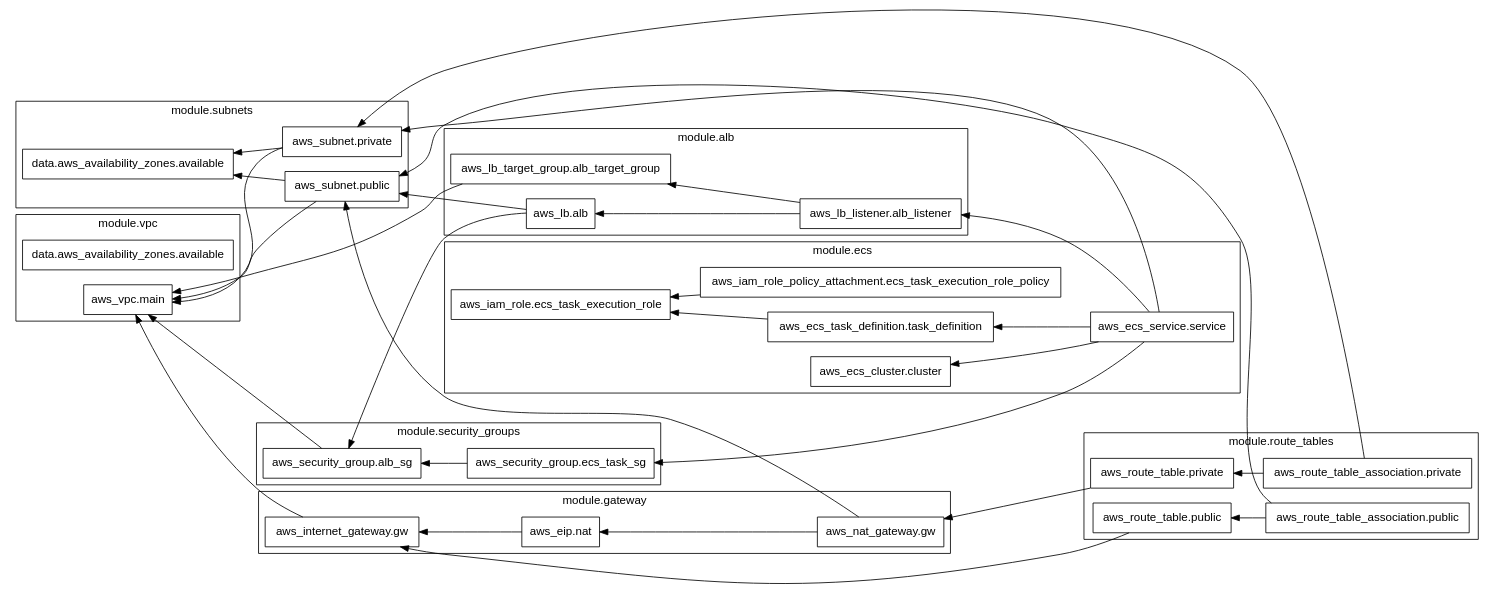
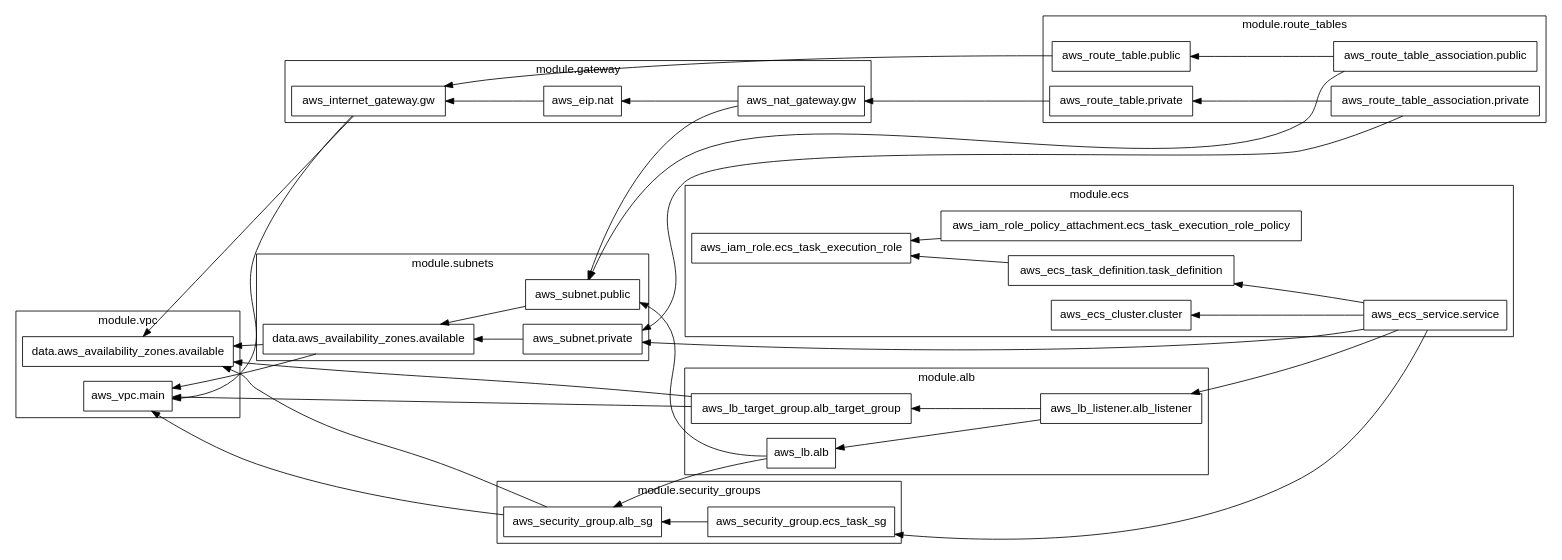
The diagram in modules/graph.dot (ym1085/terraform-aws-ecs), drawn with Graphviz before and after one commit. The commit also changed 20 other files, not shown here.

```diff
--- a/modules/graph.dot
+++ b/modules/graph.dot
@@ -1,82 +1,85 @@
 digraph G {
-    rankdir = "RL";
-    node [shape = rect; fontname = "sans-serif";];
-    subgraph "cluster_module.alb" {
-        label = "module.alb";
-        fontname = "sans-serif";
-        "module.alb.aws_lb.alb" [label = "aws_lb.alb";];
-        "module.alb.aws_lb_listener.alb_listener" [label = "aws_lb_listener.alb_listener";];
-        "module.alb.aws_lb_target_group.alb_target_group" [label = "aws_lb_target_group.alb_target_group";];
-    }
-    subgraph "cluster_module.ecs" {
-        label = "module.ecs";
-        fontname = "sans-serif";
-        "module.ecs.aws_ecs_cluster.cluster" [label = "aws_ecs_cluster.cluster";];
-        "module.ecs.aws_ecs_service.service" [label = "aws_ecs_service.service";];
-        "module.ecs.aws_ecs_task_definition.task_definition" [label = "aws_ecs_task_definition.task_definition";];
-        "module.ecs.aws_iam_role.ecs_task_execution_role" [label = "aws_iam_role.ecs_task_execution_role";];
-        "module.ecs.aws_iam_role_policy_attachment.ecs_task_execution_role_policy" [label = "aws_iam_role_policy_attachment.ecs_task_execution_role_policy";];
-    }
-    subgraph "cluster_module.gateway" {
-        label = "module.gateway";
-        fontname = "sans-serif";
-        "module.gateway.aws_eip.nat" [label = "aws_eip.nat";];
-        "module.gateway.aws_internet_gateway.gw" [label = "aws_internet_gateway.gw";];
-        "module.gateway.aws_nat_gateway.gw" [label = "aws_nat_gateway.gw";];
-    }
-    subgraph "cluster_module.route_tables" {
-        label = "module.route_tables";
-        fontname = "sans-serif";
-        "module.route_tables.aws_route_table.private" [label = "aws_route_table.private";];
-        "module.route_tables.aws_route_table.public" [label = "aws_route_table.public";];
-        "module.route_tables.aws_route_table_association.private" [label = "aws_route_table_association.private";];
-        "module.route_tables.aws_route_table_association.public" [label = "aws_route_table_association.public";];
-    }
-    subgraph "cluster_module.security_groups" {
-        label = "module.security_groups";
-        fontname = "sans-serif";
-        "module.security_groups.aws_security_group.alb_sg" [label = "aws_security_group.alb_sg";];
-        "module.security_groups.aws_security_group.ecs_task_sg" [label = "aws_security_group.ecs_task_sg";];
-    }
-    subgraph "cluster_module.subnets" {
-        label = "module.subnets";
-        fontname = "sans-serif";
-        "module.subnets.data.aws_availability_zones.available" [label = "data.aws_availability_zones.available";];
-        "module.subnets.aws_subnet.private" [label = "aws_subnet.private";];
-        "module.subnets.aws_subnet.public" [label = "aws_subnet.public";];
-    }
-    subgraph "cluster_module.vpc" {
-        label = "module.vpc";
-        fontname = "sans-serif";
-        "module.vpc.data.aws_availability_zones.available" [label = "data.aws_availability_zones.available";];
-        "module.vpc.aws_vpc.main" [label = "aws_vpc.main";];
-    }
-    "module.alb.aws_lb.alb" -> "module.security_groups.aws_security_group.alb_sg";
-    "module.alb.aws_lb.alb" -> "module.subnets.aws_subnet.public";
-    "module.alb.aws_lb_listener.alb_listener" -> "module.alb.aws_lb.alb";
-    "module.alb.aws_lb_listener.alb_listener" -> "module.alb.aws_lb_target_group.alb_target_group";
-    "module.alb.aws_lb_target_group.alb_target_group" -> "module.vpc.aws_vpc.main";
-    "module.ecs.aws_ecs_service.service" -> "module.alb.aws_lb_listener.alb_listener";
-    "module.ecs.aws_ecs_service.service" -> "module.ecs.aws_ecs_cluster.cluster";
-    "module.ecs.aws_ecs_service.service" -> "module.ecs.aws_ecs_task_definition.task_definition";
-    "module.ecs.aws_ecs_service.service" -> "module.security_groups.aws_security_group.ecs_task_sg";
-    "module.ecs.aws_ecs_service.service" -> "module.subnets.aws_subnet.private";
-    "module.ecs.aws_ecs_task_definition.task_definition" -> "module.ecs.aws_iam_role.ecs_task_execution_role";
-    "module.ecs.aws_iam_role_policy_attachment.ecs_task_execution_role_policy" -> "module.ecs.aws_iam_role.ecs_task_execution_role";
-    "module.gateway.aws_eip.nat" -> "module.gateway.aws_internet_gateway.gw";
-    "module.gateway.aws_internet_gateway.gw" -> "module.vpc.aws_vpc.main";
-    "module.gateway.aws_nat_gateway.gw" -> "module.gateway.aws_eip.nat";
-    "module.gateway.aws_nat_gateway.gw" -> "module.subnets.aws_subnet.public";
-    "module.route_tables.aws_route_table.private" -> "module.gateway.aws_nat_gateway.gw";
-    "module.route_tables.aws_route_table.public" -> "module.gateway.aws_internet_gateway.gw";
-    "module.route_tables.aws_route_table_association.private" -> "module.route_tables.aws_route_table.private";
-    "module.route_tables.aws_route_table_association.private" -> "module.subnets.aws_subnet.private";
-    "module.route_tables.aws_route_table_association.public" -> "module.route_tables.aws_route_table.public";
-    "module.route_tables.aws_route_table_association.public" -> "module.subnets.aws_subnet.public";
-    "module.security_groups.aws_security_group.alb_sg" -> "module.vpc.aws_vpc.main";
-    "module.security_groups.aws_security_group.ecs_task_sg" -> "module.security_groups.aws_security_group.alb_sg";
-    "module.subnets.aws_subnet.private" -> "module.subnets.data.aws_availability_zones.available";
-    "module.subnets.aws_subnet.private" -> "module.vpc.aws_vpc.main";
-    "module.subnets.aws_subnet.public" -> "module.subnets.data.aws_availability_zones.available";
-    "module.subnets.aws_subnet.public" -> "module.vpc.aws_vpc.main";
+  rankdir = "RL";
+  node [shape = rect, fontname = "sans-serif"];
+  subgraph "cluster_module.alb" {
+    label = "module.alb"
+    fontname = "sans-serif"
+    "module.alb.aws_lb.alb" [label="aws_lb.alb"];
+    "module.alb.aws_lb_listener.alb_listener" [label="aws_lb_listener.alb_listener"];
+    "module.alb.aws_lb_target_group.alb_target_group" [label="aws_lb_target_group.alb_target_group"];
+  }
+  subgraph "cluster_module.ecs" {
+    label = "module.ecs"
+    fontname = "sans-serif"
+    "module.ecs.aws_ecs_cluster.cluster" [label="aws_ecs_cluster.cluster"];
+    "module.ecs.aws_ecs_service.service" [label="aws_ecs_service.service"];
+    "module.ecs.aws_ecs_task_definition.task_definition" [label="aws_ecs_task_definition.task_definition"];
+    "module.ecs.aws_iam_role.ecs_task_execution_role" [label="aws_iam_role.ecs_task_execution_role"];
+    "module.ecs.aws_iam_role_policy_attachment.ecs_task_execution_role_policy" [label="aws_iam_role_policy_attachment.ecs_task_execution_role_policy"];
+  }
+  subgraph "cluster_module.gateway" {
+    label = "module.gateway"
+    fontname = "sans-serif"
+    "module.gateway.aws_eip.nat" [label="aws_eip.nat"];
+    "module.gateway.aws_internet_gateway.gw" [label="aws_internet_gateway.gw"];
+    "module.gateway.aws_nat_gateway.gw" [label="aws_nat_gateway.gw"];
+  }
+  subgraph "cluster_module.route_tables" {
+    label = "module.route_tables"
+    fontname = "sans-serif"
+    "module.route_tables.aws_route_table.private" [label="aws_route_table.private"];
+    "module.route_tables.aws_route_table.public" [label="aws_route_table.public"];
+    "module.route_tables.aws_route_table_association.private" [label="aws_route_table_association.private"];
+    "module.route_tables.aws_route_table_association.public" [label="aws_route_table_association.public"];
+  }
+  subgraph "cluster_module.security_groups" {
+    label = "module.security_groups"
+    fontname = "sans-serif"
+    "module.security_groups.aws_security_group.alb_sg" [label="aws_security_group.alb_sg"];
+    "module.security_groups.aws_security_group.ecs_task_sg" [label="aws_security_group.ecs_task_sg"];
+  }
+  subgraph "cluster_module.subnets" {
+    label = "module.subnets"
+    fontname = "sans-serif"
+    "module.subnets.data.aws_availability_zones.available" [label="data.aws_availability_zones.available"];
+    "module.subnets.aws_subnet.private" [label="aws_subnet.private"];
+    "module.subnets.aws_subnet.public" [label="aws_subnet.public"];
+  }
+  subgraph "cluster_module.vpc" {
+    label = "module.vpc"
+    fontname = "sans-serif"
+    "module.vpc.data.aws_availability_zones.available" [label="data.aws_availability_zones.available"];
+    "module.vpc.aws_vpc.main" [label="aws_vpc.main"];
+  }
+  "module.alb.aws_lb.alb" -> "module.security_groups.aws_security_group.alb_sg";
+  "module.alb.aws_lb.alb" -> "module.subnets.aws_subnet.public";
+  "module.alb.aws_lb_listener.alb_listener" -> "module.alb.aws_lb.alb";
+  "module.alb.aws_lb_listener.alb_listener" -> "module.alb.aws_lb_target_group.alb_target_group";
+  "module.alb.aws_lb_target_group.alb_target_group" -> "module.vpc.data.aws_availability_zones.available";
+  "module.alb.aws_lb_target_group.alb_target_group" -> "module.vpc.aws_vpc.main";
+  "module.ecs.aws_ecs_service.service" -> "module.alb.aws_lb_listener.alb_listener";
+  "module.ecs.aws_ecs_service.service" -> "module.ecs.aws_ecs_cluster.cluster";
+  "module.ecs.aws_ecs_service.service" -> "module.ecs.aws_ecs_task_definition.task_definition";
+  "module.ecs.aws_ecs_service.service" -> "module.security_groups.aws_security_group.ecs_task_sg";
+  "module.ecs.aws_ecs_service.service" -> "module.subnets.aws_subnet.private";
+  "module.ecs.aws_ecs_task_definition.task_definition" -> "module.ecs.aws_iam_role.ecs_task_execution_role";
+  "module.ecs.aws_iam_role_policy_attachment.ecs_task_execution_role_policy" -> "module.ecs.aws_iam_role.ecs_task_execution_role";
+  "module.gateway.aws_eip.nat" -> "module.gateway.aws_internet_gateway.gw";
+  "module.gateway.aws_internet_gateway.gw" -> "module.vpc.data.aws_availability_zones.available";
+  "module.gateway.aws_internet_gateway.gw" -> "module.vpc.aws_vpc.main";
+  "module.gateway.aws_nat_gateway.gw" -> "module.gateway.aws_eip.nat";
+  "module.gateway.aws_nat_gateway.gw" -> "module.subnets.aws_subnet.public";
+  "module.route_tables.aws_route_table.private" -> "module.gateway.aws_nat_gateway.gw";
+  "module.route_tables.aws_route_table.public" -> "module.gateway.aws_internet_gateway.gw";
+  "module.route_tables.aws_route_table_association.private" -> "module.route_tables.aws_route_table.private";
+  "module.route_tables.aws_route_table_association.private" -> "module.subnets.aws_subnet.private";
+  "module.route_tables.aws_route_table_association.public" -> "module.route_tables.aws_route_table.public";
+  "module.route_tables.aws_route_table_association.public" -> "module.subnets.aws_subnet.public";
+  "module.security_groups.aws_security_group.alb_sg" -> "module.vpc.data.aws_availability_zones.available";
+  "module.security_groups.aws_security_group.alb_sg" -> "module.vpc.aws_vpc.main";
+  "module.security_groups.aws_security_group.ecs_task_sg" -> "module.security_groups.aws_security_group.alb_sg";
+  "module.subnets.data.aws_availability_zones.available" -> "module.vpc.data.aws_availability_zones.available";
+  "module.subnets.data.aws_availability_zones.available" -> "module.vpc.aws_vpc.main";
+  "module.subnets.aws_subnet.private" -> "module.subnets.data.aws_availability_zones.available";
+  "module.subnets.aws_subnet.public" -> "module.subnets.data.aws_availability_zones.available";
 }
```
